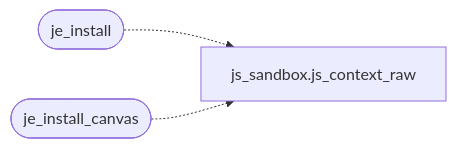
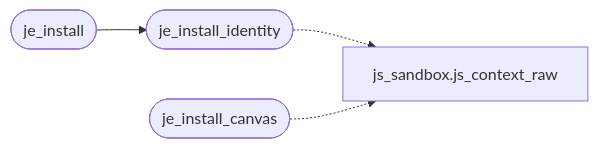
Before and after one commit to grisuno/FreeDom: the diagram in readmenator-apidocs/modules/src.js_env.c.md, drawn with Mermaid. The commit also changed other lines of this file and 253 other files, not shown here.

````diff
--- a/readmenator-apidocs/modules/src.js_env.c.md
+++ b/readmenator-apidocs/modules/src.js_env.c.md
@@ -14,8 +14,10 @@
 ```mermaid
 flowchart LR
     n_src_js_env_c__je_install(["je_install"])
+    n_src_js_env_c__je_install_identity(["je_install_identity"])
     n_src_js_sandbox_c__js_context_raw["js_sandbox.js_context_raw"]
     n_src_js_env_c__je_install_canvas(["je_install_canvas"])
-    n_src_js_env_c__je_install -.-> n_src_js_sandbox_c__js_context_raw
+    n_src_js_env_c__je_install --> n_src_js_env_c__je_install_identity
+    n_src_js_env_c__je_install_identity -.-> n_src_js_sandbox_c__js_context_raw
     n_src_js_env_c__je_install_canvas -.-> n_src_js_sandbox_c__js_context_raw
 ```
````
